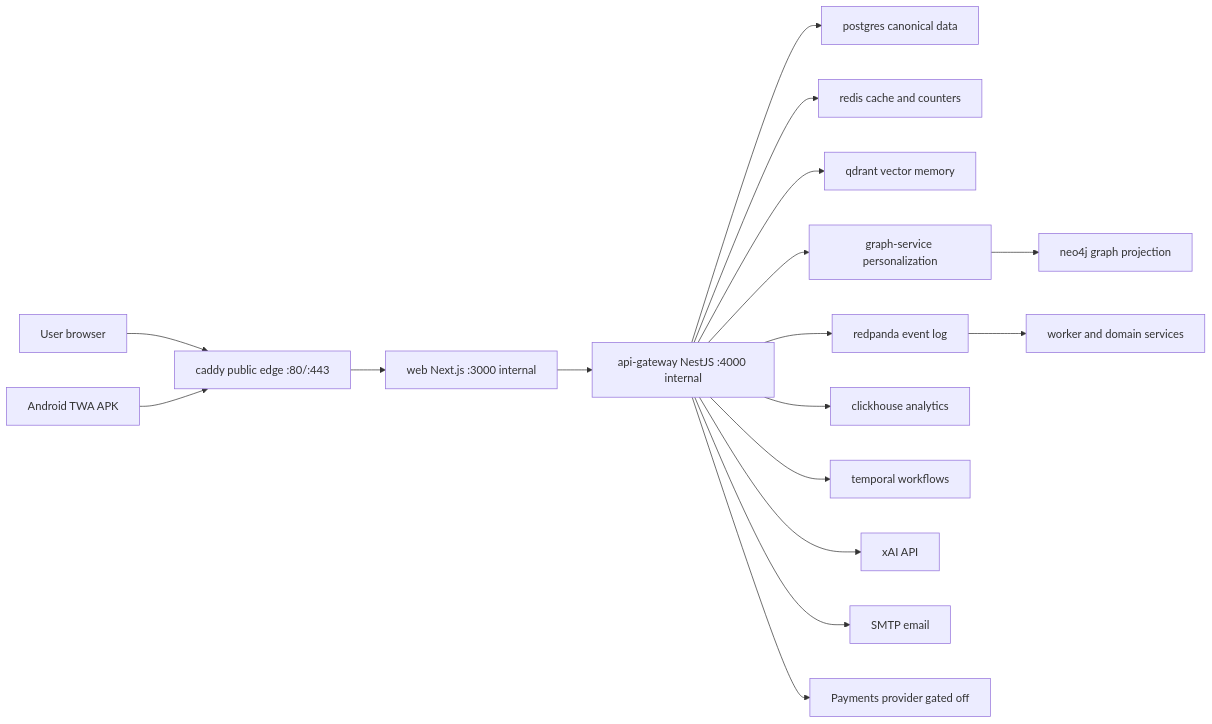
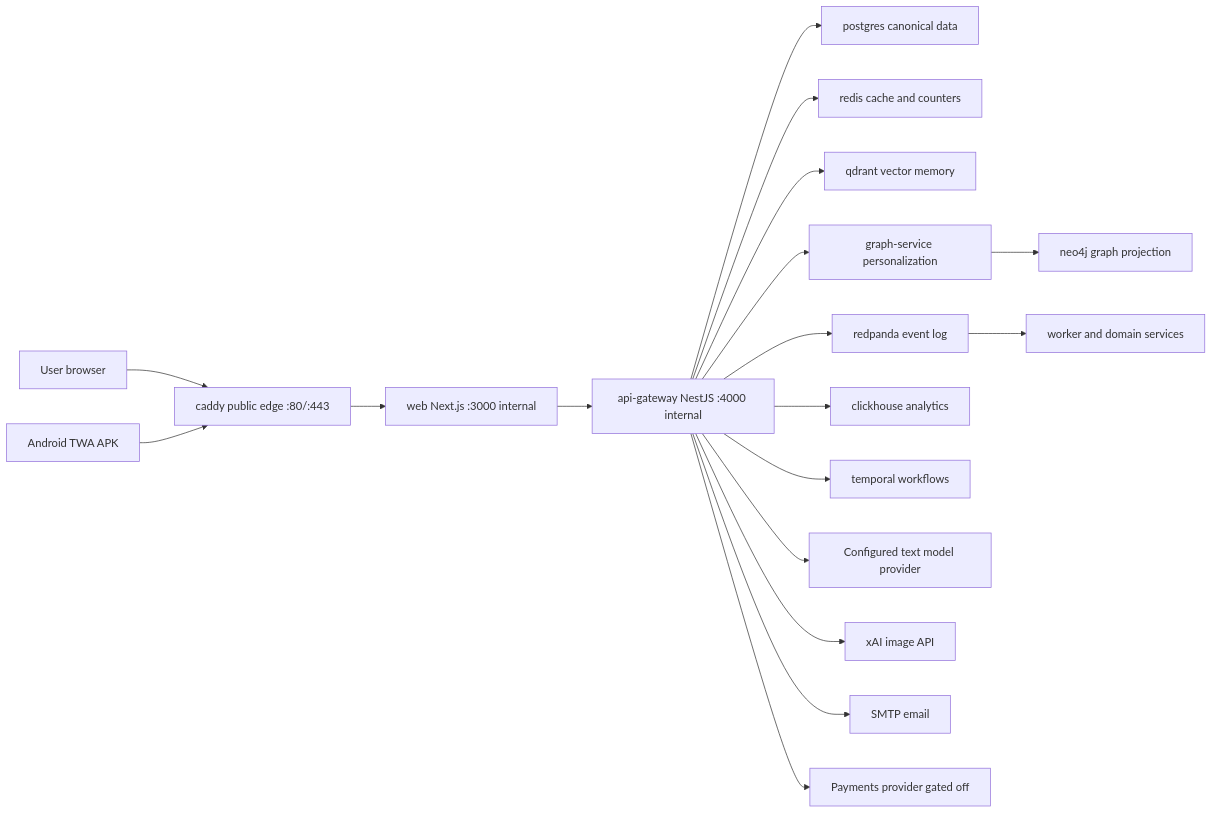
The diagram in docs/vps-container-map.md (Afnanksalal/hana-chat), drawn with Mermaid before and after one commit. The commit also changed other lines of this file and 19 other files, not shown here.

Commit message:
Add AgentRouter text model routing

````diff
--- a/docs/vps-container-map.md
+++ b/docs/vps-container-map.md
@@ -10,19 +10,20 @@
 ```mermaid
 flowchart LR
   Browser["User browser"] --> Caddy["caddy public edge :80/:443"]
   Apk["Android TWA APK"] --> Caddy
   Caddy --> Web["web Next.js :3000 internal"]
   Web --> Api["api-gateway NestJS :4000 internal"]
   Api --> Pg["postgres canonical data"]
   Api --> Redis["redis cache and counters"]
   Api --> Qdrant["qdrant vector memory"]
   Api --> Graph["graph-service personalization"]
   Graph --> Neo4j["neo4j graph projection"]
   Api --> Redpanda["redpanda event log"]
   Api --> ClickHouse["clickhouse analytics"]
   Api --> Temporal["temporal workflows"]
-  Api --> Xai["xAI API"]
+  Api --> TextProvider["Configured text model provider"]
+  Api --> Xai["xAI image API"]
   Api --> Mail["SMTP email"]
   Api --> Payments["Payments provider gated off"]
   Redpanda --> Workers["worker and domain services"]
 ```
````
